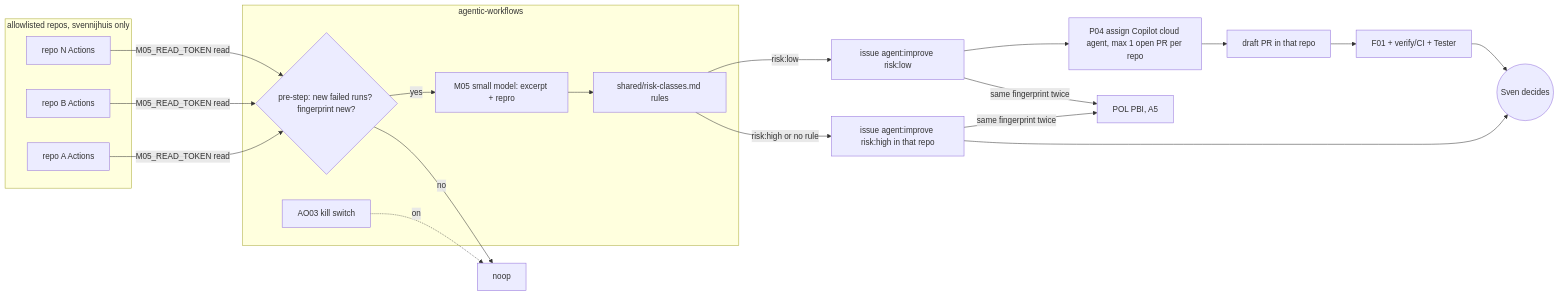
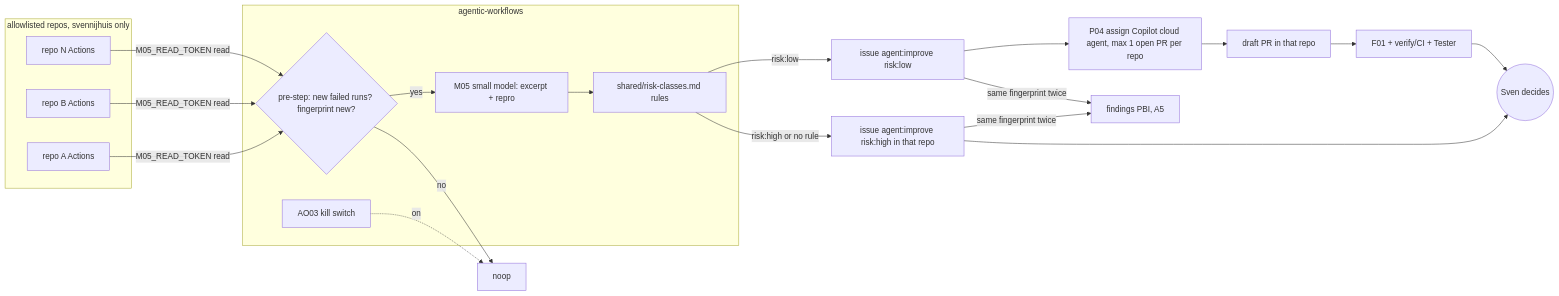
The first of 3 diagrams in docs/pbi/loops/LP00-improvement-loop.md (svennijhuis/agentic-workflows), drawn with Mermaid before and after one commit. The commit also changed other lines of this file and 986 other files, not shown here.

````diff
--- a/docs/pbi/loops/LP00-improvement-loop.md
+++ b/docs/pbi/loops/LP00-improvement-loop.md
@@ -77,22 +77,22 @@
 ```mermaid
 flowchart LR
   subgraph Repos[allowlisted repos, svennijhuis only]
     R1[repo A Actions]
     R2[repo B Actions]
     R3[repo N Actions]
   end
   subgraph AW[agentic-workflows]
     PRE{pre-step: new failed runs? fingerprint new?}
     M05N[M05 small model: excerpt + repro]
     RC[shared/risk-classes.md rules]
     KS[AO03 kill switch]
   end
   R1 & R2 & R3 -->|M05_READ_TOKEN read| PRE
   KS -.on.-> N0[noop]
   PRE -->|no| N0
   PRE -->|yes| M05N --> RC
   RC -->|risk:high or no rule| IH[issue agent:improve risk:high in that repo] --> S((Sven decides))
   RC -->|risk:low| IL[issue agent:improve risk:low] --> P04X["P04 assign Copilot cloud agent, max 1 open PR per repo"]
   P04X --> PR[draft PR in that repo] --> F01X["F01 + verify/CI + Tester"] --> S
-  IH & IL -->|same fingerprint twice| POL[POL PBI, A5]
+  IH & IL -->|same fingerprint twice| POL[findings PBI, A5]
 ```
````
